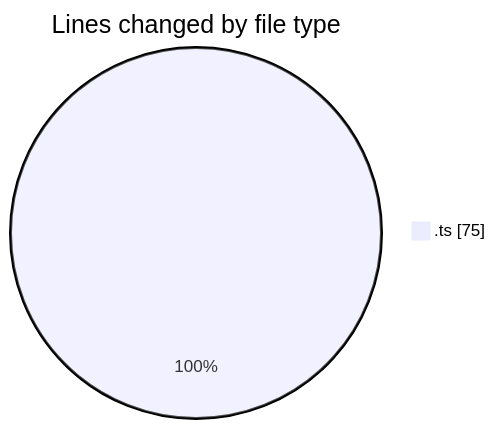
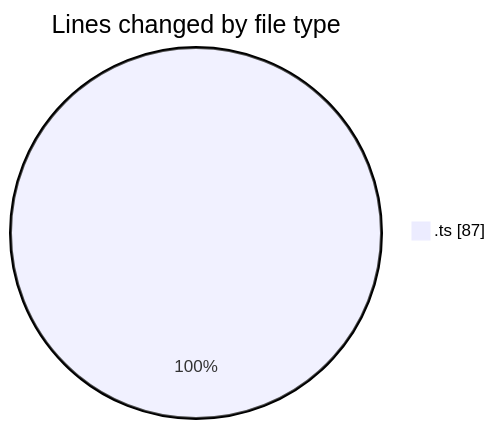
Before and after one commit to igalym/code-tracking: the first of 2 diagrams in 2026-03-30/cinema/README.md, drawn with Mermaid. The commit also changed other lines of this file and 1 other file, not shown here.

````diff
--- a/2026-03-30/cinema/README.md
+++ b/2026-03-30/cinema/README.md
@@ -22,5 +23,5 @@
 ```mermaid
 pie showData
 title Lines changed by file type
-".ts" : 75
+".ts" : 87
 ```
````
